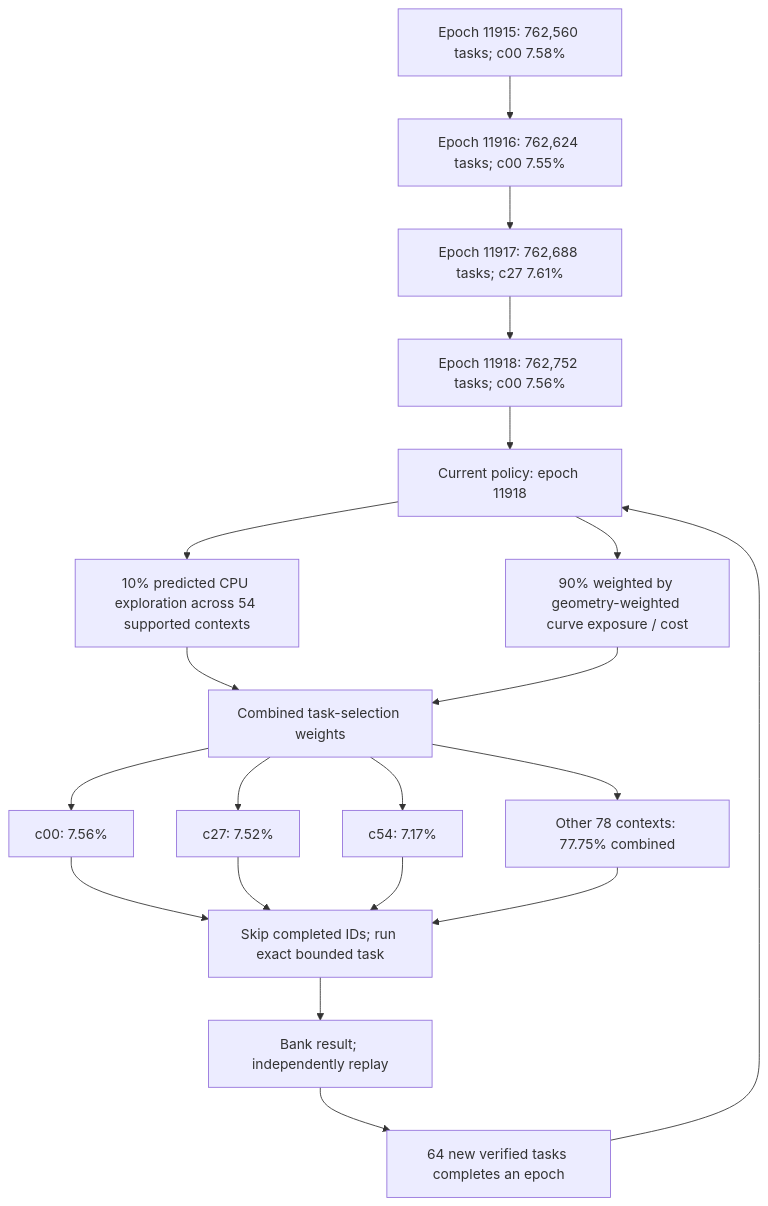
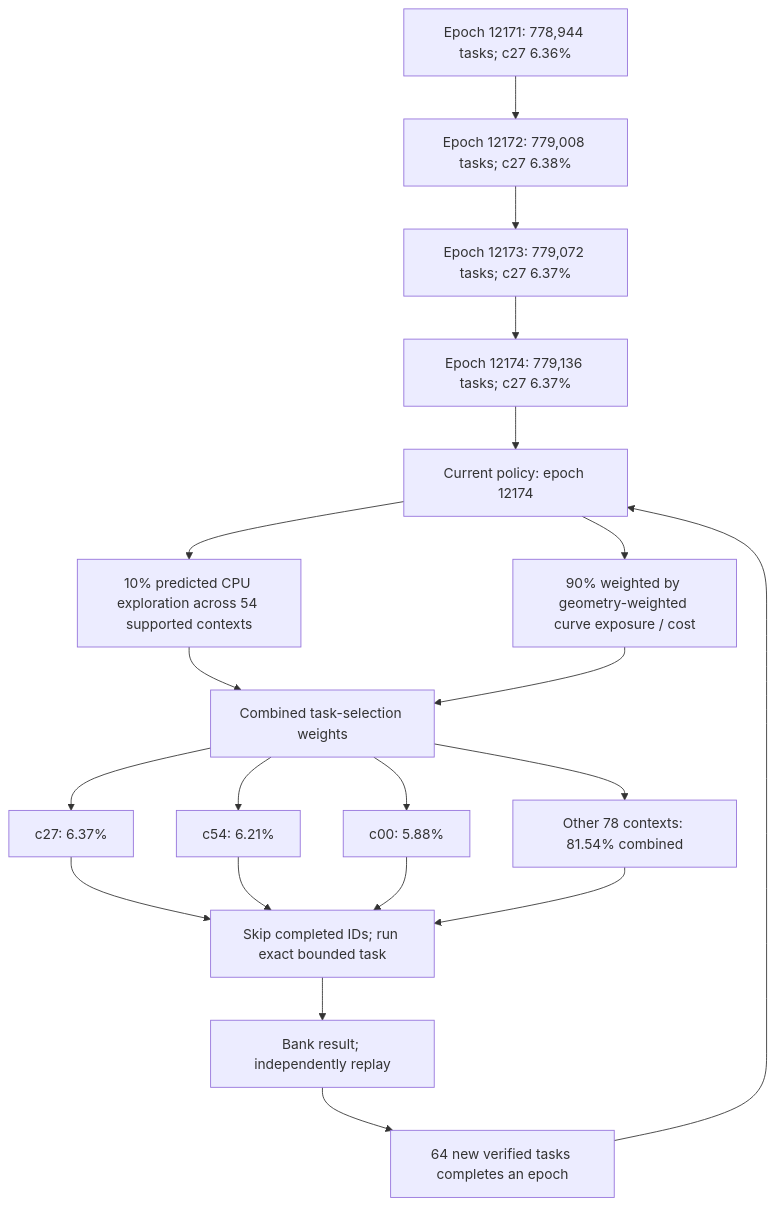
The first of 4 diagrams in README.md (Kuberwastaken/math-gambling), drawn with Mermaid before and after one commit. The commit also changed other lines of this file and 28034 other files, not shown here.

````diff
--- a/README.md
+++ b/README.md
@@ -60,27 +60,27 @@
 ```mermaid
 flowchart TD
-    H0["Epoch 11915: 762,560 tasks; c00 7.58%"]
-    H1["Epoch 11916: 762,624 tasks; c00 7.55%"]
+    H0["Epoch 12171: 778,944 tasks; c27 6.36%"]
+    H1["Epoch 12172: 779,008 tasks; c27 6.38%"]
     H0 --> H1
-    H2["Epoch 11917: 762,688 tasks; c27 7.61%"]
+    H2["Epoch 12173: 779,072 tasks; c27 6.37%"]
     H1 --> H2
-    H3["Epoch 11918: 762,752 tasks; c00 7.56%"]
+    H3["Epoch 12174: 779,136 tasks; c27 6.37%"]
     H2 --> H3
-    Policy["Current policy: epoch 11918"]
+    Policy["Current policy: epoch 12174"]
     H3 --> Policy
     Policy --> Explore["10% predicted CPU exploration across 54 supported contexts"]
     Policy --> Cost["90% weighted by geometry-weighted curve exposure / cost"]
     Explore --> Mix["Combined task-selection weights"]
     Cost --> Mix
-    Mix --> C0["c00: 7.56%"]
-    Mix --> C1["c27: 7.52%"]
-    Mix --> C2["c54: 7.17%"]
-    Mix --> Rest["Other 78 contexts: 77.75% combined"]
+    Mix --> C0["c27: 6.37%"]
+    Mix --> C1["c54: 6.21%"]
+    Mix --> C2["c00: 5.88%"]
+    Mix --> Rest["Other 78 contexts: 81.54% combined"]
     C0 --> Check["Skip completed IDs; run exact bounded task"]
     C1 --> Check
     C2 --> Check
     Rest --> Check
     Check --> Replay["Bank result; independently replay"]
     Replay --> Gate["64 new verified tasks completes an epoch"]
     Gate --> Policy
 ```
````
